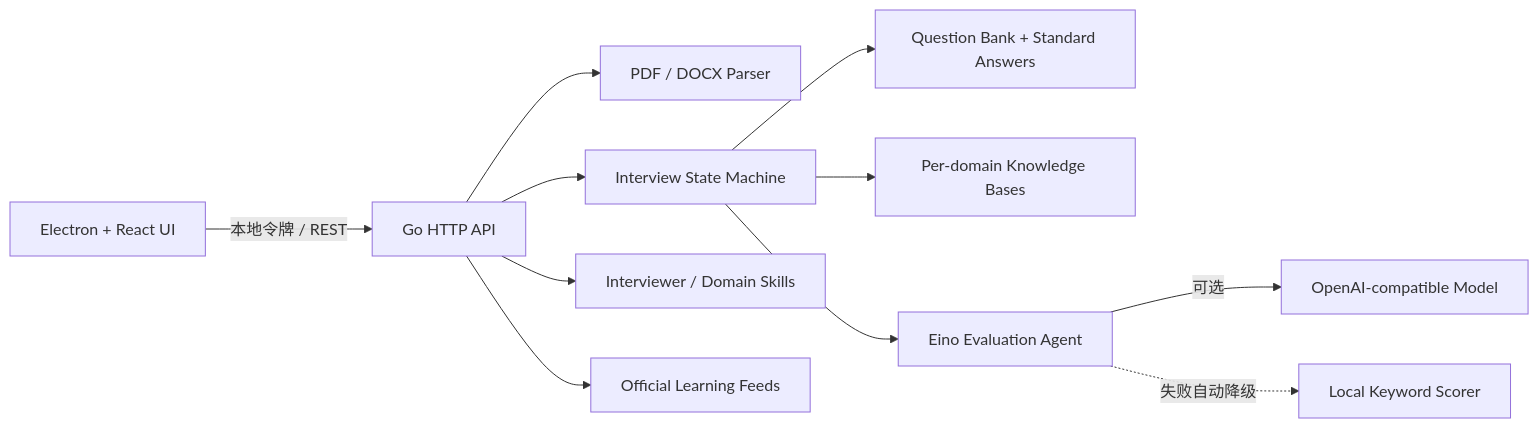
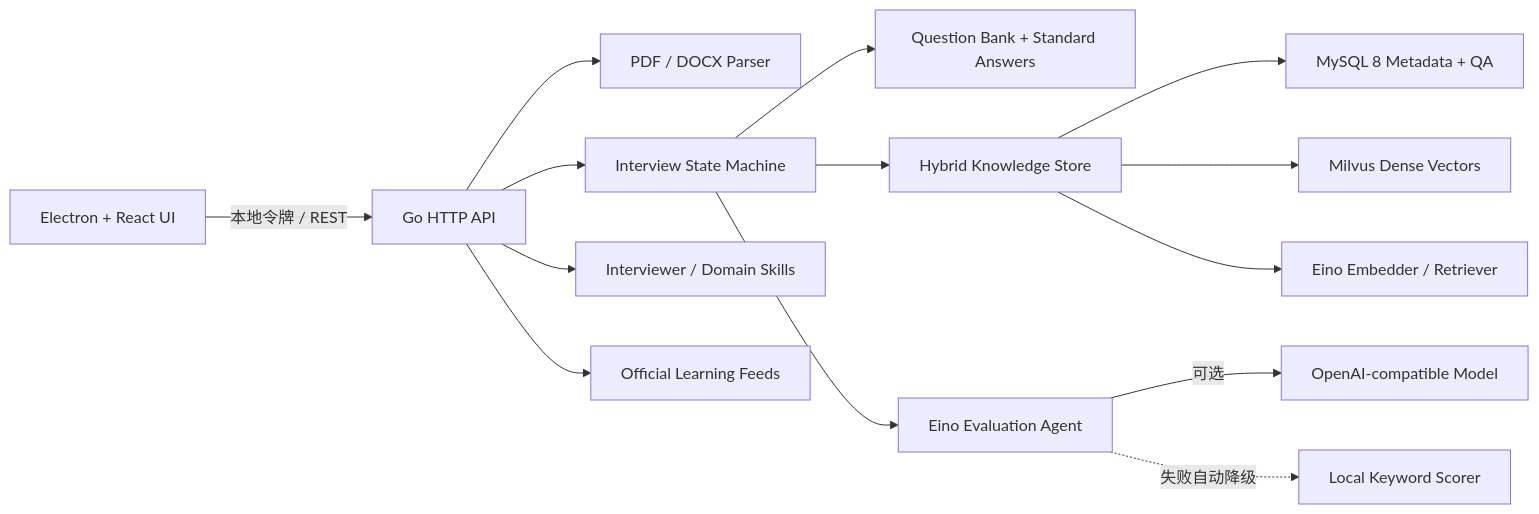
One commit to concayim/interview-agent changed the diagram in README.md. Above: the diagram before and after it, drawn with Mermaid. The commit also changed other lines of this file and 13 other files, not shown here.

````diff
--- a/README.md
+++ b/README.md
@@ -103,13 +132,16 @@
 ```mermaid
 flowchart LR
     UI["Electron + React UI"] -->|"本地令牌 / REST"| API["Go HTTP API"]
     API --> Parser["PDF / DOCX Parser"]
     API --> Interview["Interview State Machine"]
     API --> Skills["Interviewer / Domain Skills"]
     API --> Learning["Official Learning Feeds"]
     Interview --> Bank["Question Bank + Standard Answers"]
-    Interview --> KB["Per-domain Knowledge Bases"]
+    Interview --> KB["Hybrid Knowledge Store"]
+    KB --> MySQL["MySQL 8 Metadata + QA"]
+    KB --> Milvus["Milvus Dense Vectors"]
+    KB --> Eino["Eino Embedder / Retriever"]
     Interview --> Agent["Eino Evaluation Agent"]
     Agent -->|"可选"| LLM["OpenAI-compatible Model"]
     Agent -. "失败自动降级" .-> Local["Local Keyword Scorer"]
 ```
````
